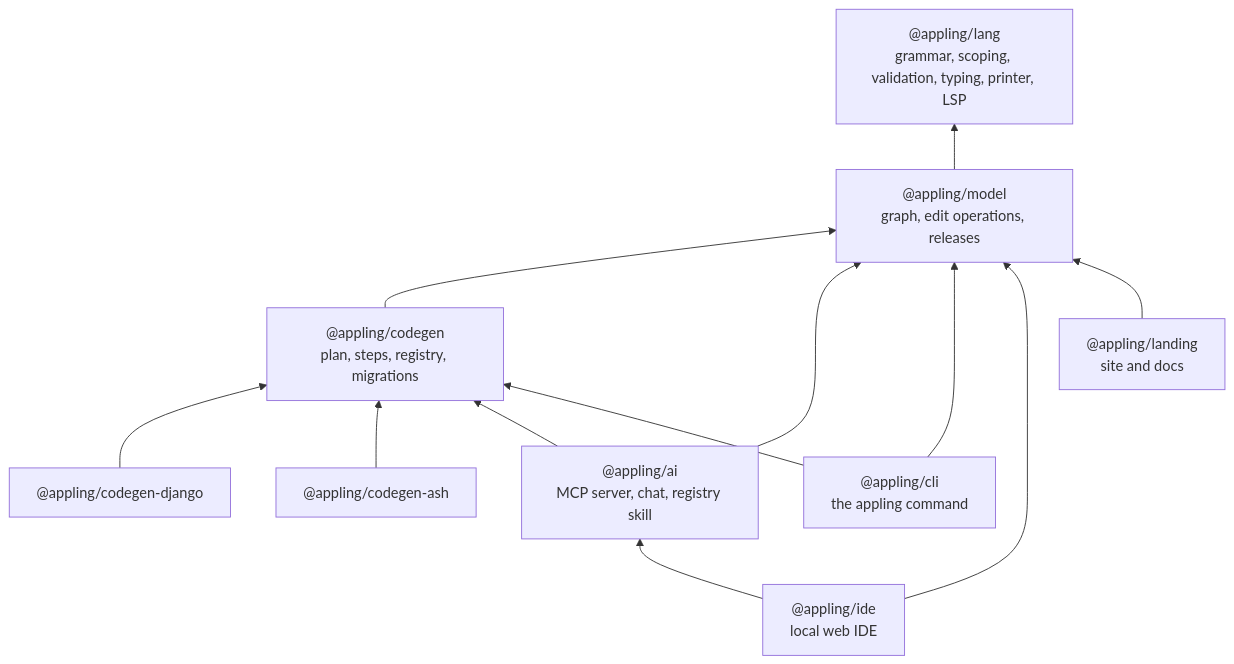
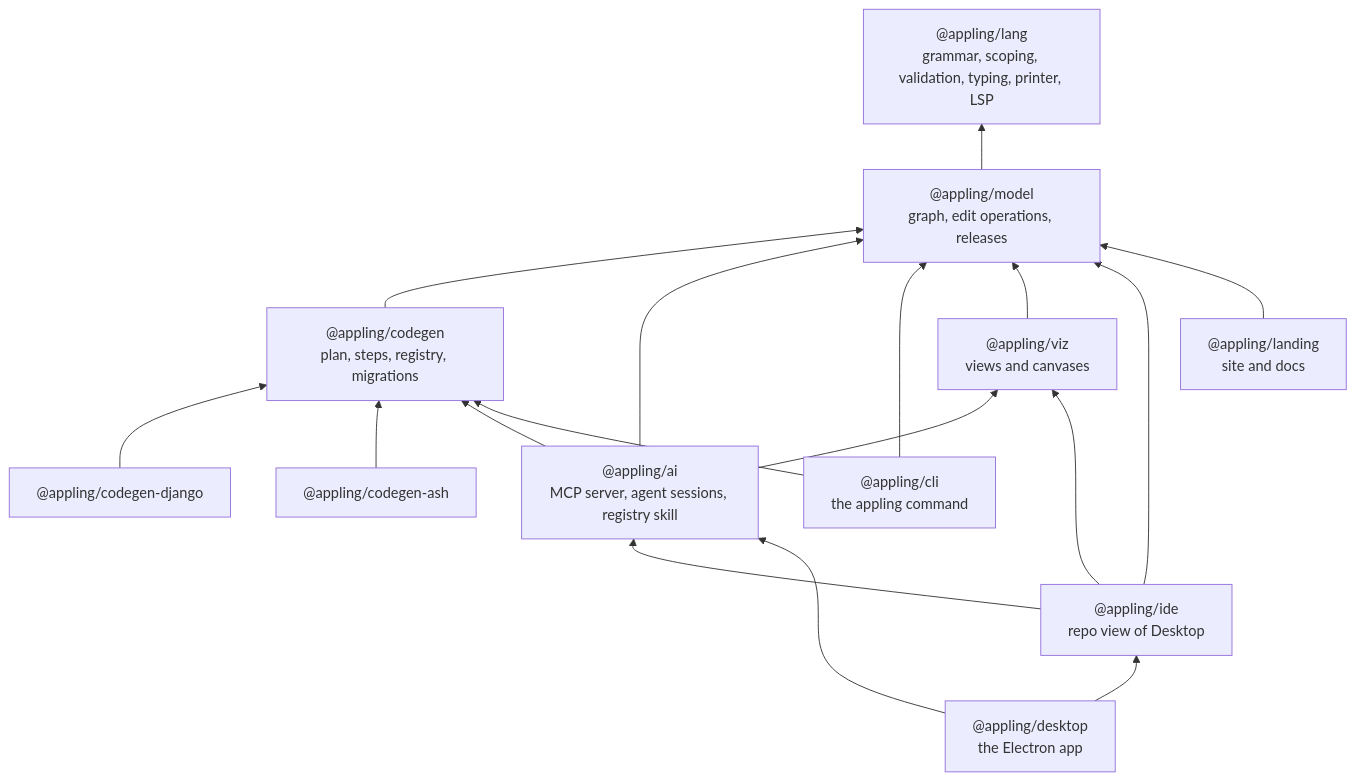
The first of 2 diagrams in docs/contributing/architecture.md (alex20465/appling), drawn with Mermaid before and after one commit. The commit also changed other lines of this file and 22 other files, not shown here.

First line of the commit message:
docs: send users to Appling Desktop; the repo view, visual tools on the canvas, no IDE chat

````diff
--- a/docs/contributing/architecture.md
+++ b/docs/contributing/architecture.md
@@ -10,23 +10,30 @@
 ```mermaid
 flowchart BT
   lang["@appling/lang<br/>grammar, scoping, validation, typing, printer, LSP"]
   model["@appling/model<br/>graph, edit operations, releases"]
   codegen["@appling/codegen<br/>plan, steps, registry, migrations"]
   django["@appling/codegen-django"]
   ash["@appling/codegen-ash"]
-  ai["@appling/ai<br/>MCP server, chat, registry skill"]
+  ai["@appling/ai<br/>MCP server, agent sessions, registry skill"]
   cli["@appling/cli<br/>the appling command"]
-  ide["@appling/ide<br/>local web IDE"]
+  viz["@appling/viz<br/>views and canvases"]
+  ide["@appling/ide<br/>repo view of Desktop"]
+  desktop["@appling/desktop<br/>the Electron app"]
   landing["@appling/landing<br/>site and docs"]
   model --> lang
   codegen --> model
   django --> codegen
   ash --> codegen
   ai --> model
   ai --> codegen
   cli --> model
   cli --> codegen
+  ai --> viz
+  viz --> model
   ide --> model
   ide --> ai
+  ide --> viz
+  desktop --> ide
+  desktop --> ai
   landing --> model
 ```
````
